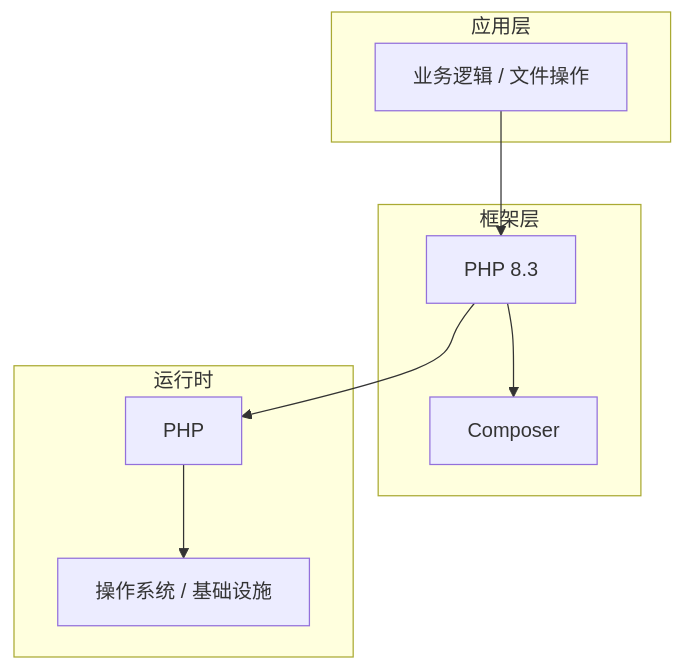
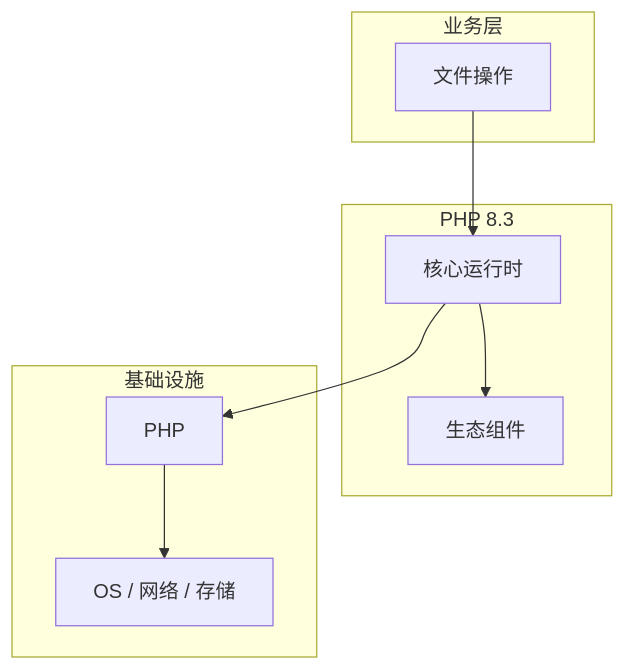
Before and after one commit to yanggan2015/knowledge-json-v2: the diagram in articles/PHP/chapters/041-文件操作核心概念与原理.md, drawn with Mermaid. The commit also changed other lines of this file and 10127 other files, not shown here.

````diff
--- a/articles/PHP/chapters/041-文件操作核心概念与原理.md
+++ b/articles/PHP/chapters/041-文件操作核心概念与原理.md
@@ -45,18 +34,18 @@
 ```mermaid
 graph TB
-    subgraph 应用层
-        A[业务逻辑 / 文件操作]
+    subgraph 业务层
+        A[文件操作]
     end
-    subgraph 框架层
-        B[PHP 8.3]
-        C[Composer]
+    subgraph PHP 8.3
+        B[核心运行时]
+        C[生态组件]
     end
-    subgraph 运行时
+    subgraph 基础设施
         D[PHP]
-        E[操作系统 / 基础设施]
+        E[OS / 网络 / 存储]
     end
     A --> B
     B --> C
     B --> D
     D --> E
 ```
````
